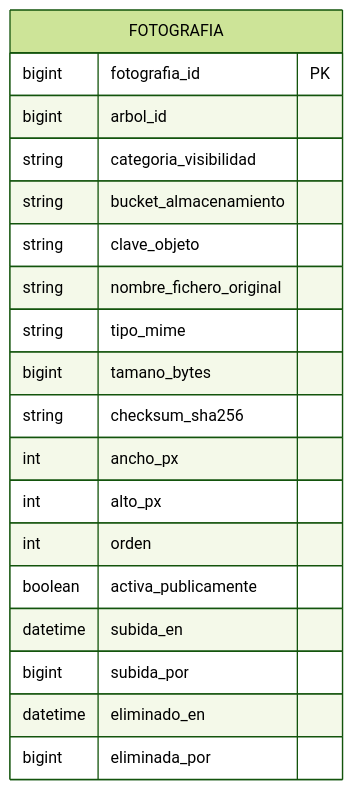
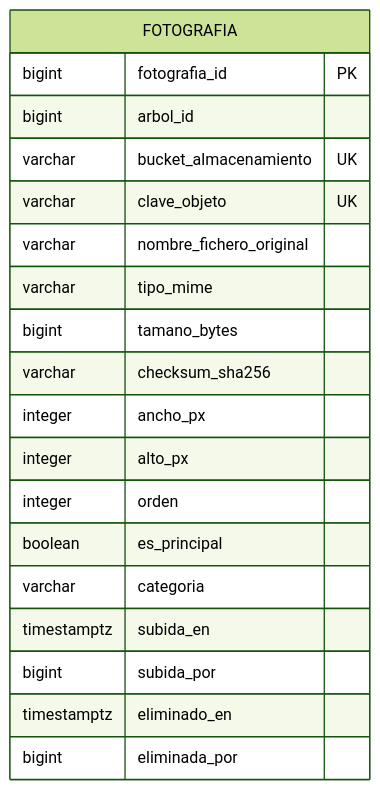
Before and after one commit to LIDR-academy/AI4Devs-finalproject: diagram 16 of 18 in readme.md, drawn with Mermaid (forest theme). The commit also changed other lines of this file and 1 other file, not shown here.

Commit message:
Modificación de los diagramas er

````diff
--- a/readme.md
+++ b/readme.md
@@ -993,23 +1010,23 @@
 ```mermaid
 erDiagram
+    %% UK compuesta uq_fotografia_objeto (bucket_almacenamiento, clave_objeto)
     FOTOGRAFIA {
         bigint fotografia_id PK
         bigint arbol_id
-        string categoria_visibilidad
-        string bucket_almacenamiento
-        string clave_objeto
-        string nombre_fichero_original
-        string tipo_mime
+        varchar bucket_almacenamiento UK
+        varchar clave_objeto UK
+        varchar nombre_fichero_original
+        varchar tipo_mime
         bigint tamano_bytes
-        string checksum_sha256
-        int ancho_px
-        int alto_px
-        int orden
-        boolean activa_publicamente
-        datetime subida_en
+        varchar checksum_sha256
+        integer ancho_px
+        integer alto_px
+        integer orden
+        boolean es_principal
+        varchar categoria
+        timestamptz subida_en
         bigint subida_por
-        datetime eliminado_en
+        timestamptz eliminado_en
         bigint eliminada_por
     }
-
 ```
````
